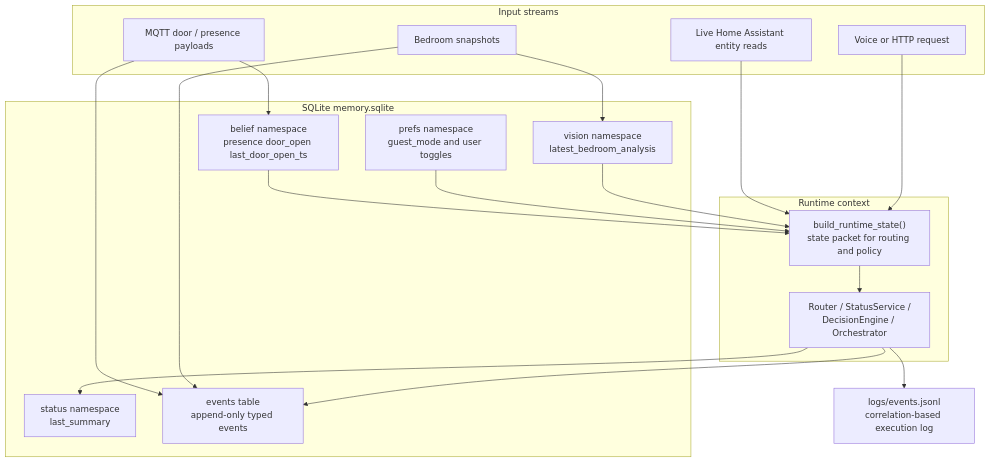
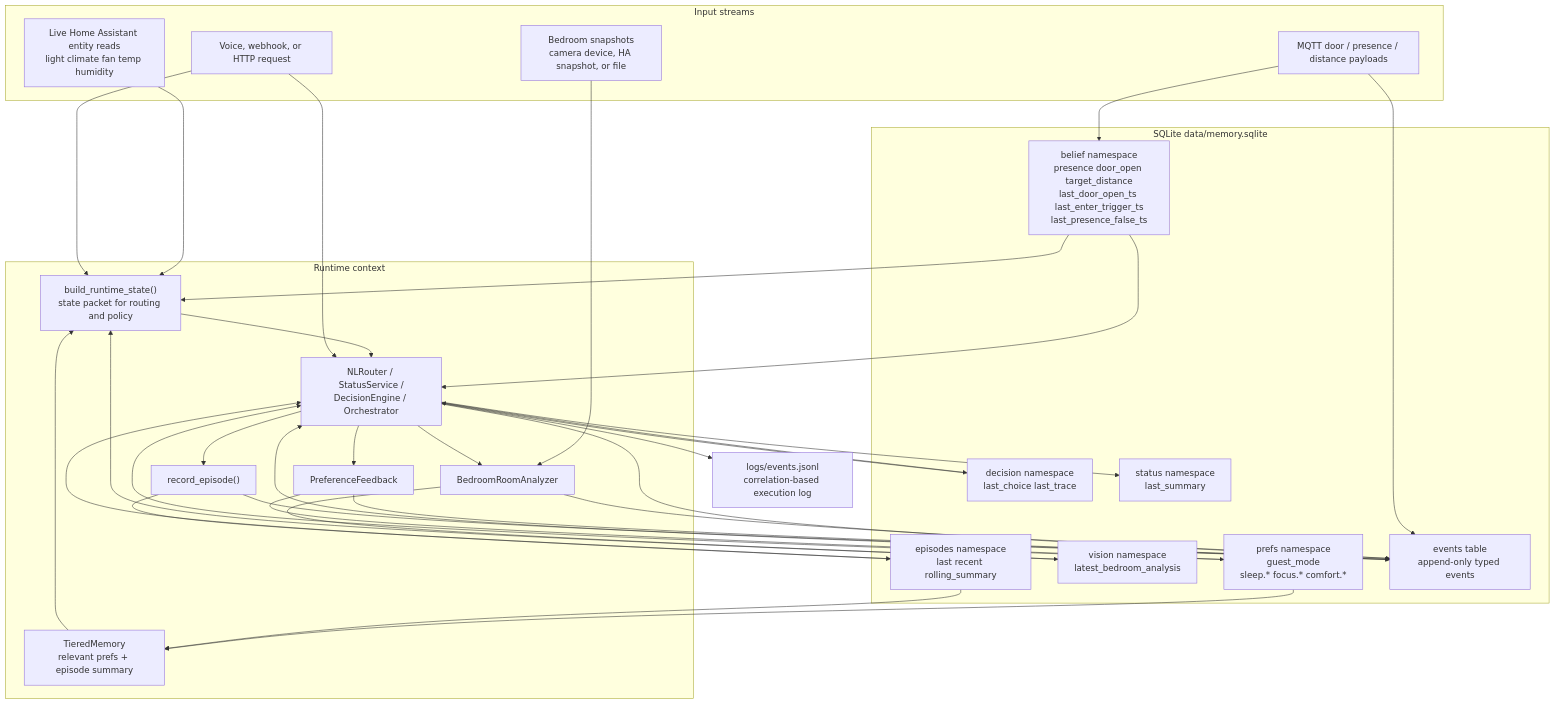
The diagram in docs/data_architecture.mmd (RohithSurya/bedroom-agent), drawn with Mermaid before and after one commit. The commit also changed 6 other files, not shown here.

Commit message:
Add architecture diagrams

```diff
--- a/docs/data_architecture.mmd
+++ b/docs/data_architecture.mmd
@@ -1,38 +1,63 @@
 flowchart TD
   subgraph Inputs["Input streams"]
-    Voice["Voice or HTTP request"]
-    EntityReads["Live Home Assistant entity reads"]
-    MqttEvents["MQTT door / presence payloads"]
-    Images["Bedroom snapshots"]
+    Voice["Voice, webhook, or HTTP request"]
+    EntityReads["Live Home Assistant entity reads\nlight climate fan temp humidity"]
+    MqttEvents["MQTT door / presence / distance payloads"]
+    Images["Bedroom snapshots\ncamera device, HA snapshot, or file"]
   end
 
-  subgraph Memory["SQLite memory.sqlite"]
-    Belief["belief namespace\npresence door_open last_door_open_ts"]
-    Prefs["prefs namespace\nguest_mode and user toggles"]
+  subgraph Memory["SQLite data/memory.sqlite"]
+    Belief["belief namespace\npresence door_open target_distance\nlast_door_open_ts last_enter_trigger_ts\nlast_presence_false_ts"]
+    Prefs["prefs namespace\nguest_mode\nsleep.* focus.* comfort.*"]
     VisionState["vision namespace\nlatest_bedroom_analysis"]
+    DecisionState["decision namespace\nlast_choice last_trace"]
+    Episodes["episodes namespace\nlast recent rolling_summary"]
     StatusState["status namespace\nlast_summary"]
     Events["events table\nappend-only typed events"]
   end
 
   subgraph Runtime["Runtime context"]
+    Tiered["TieredMemory\nrelevant prefs + episode summary"]
     StatePacket["build_runtime_state()\nstate packet for routing and policy"]
-    Services["Router / StatusService /\nDecisionEngine / Orchestrator"]
+    Services["NLRouter / StatusService /\nDecisionEngine / Orchestrator"]
+    VisionSvc["BedroomRoomAnalyzer"]
+    Feedback["PreferenceFeedback"]
+    EpisodesWriter["record_episode()"]
   end
 
   Logs["logs/events.jsonl\ncorrelation-based execution log"]
 
   MqttEvents --> Belief
   MqttEvents --> Events
-  Images --> VisionState
-  Images --> Events
+  Images --> VisionSvc
+  VisionSvc --> VisionState
+  VisionSvc --> Events
 
-  Belief --> StatePacket
-  Prefs --> StatePacket
-  VisionState --> StatePacket
   EntityReads --> StatePacket
   Voice --> StatePacket
+  Belief --> StatePacket
+  Prefs --> Tiered
+  Episodes --> Tiered
+  Tiered --> StatePacket
+  VisionState --> StatePacket
 
   StatePacket --> Services
+  Voice --> Services
+  Belief --> Services
+  Prefs --> Services
+  DecisionState --> Services
+  Episodes --> Services
+  Events --> Services
+
+  Services --> VisionSvc
+  Services --> Feedback
+  Services --> DecisionState
   Services --> StatusState
   Services --> Events
   Services --> Logs
+  Services --> EpisodesWriter
+
+  Feedback --> Prefs
+  Feedback --> Events
+  EpisodesWriter --> Episodes
+  EpisodesWriter --> Events
```
